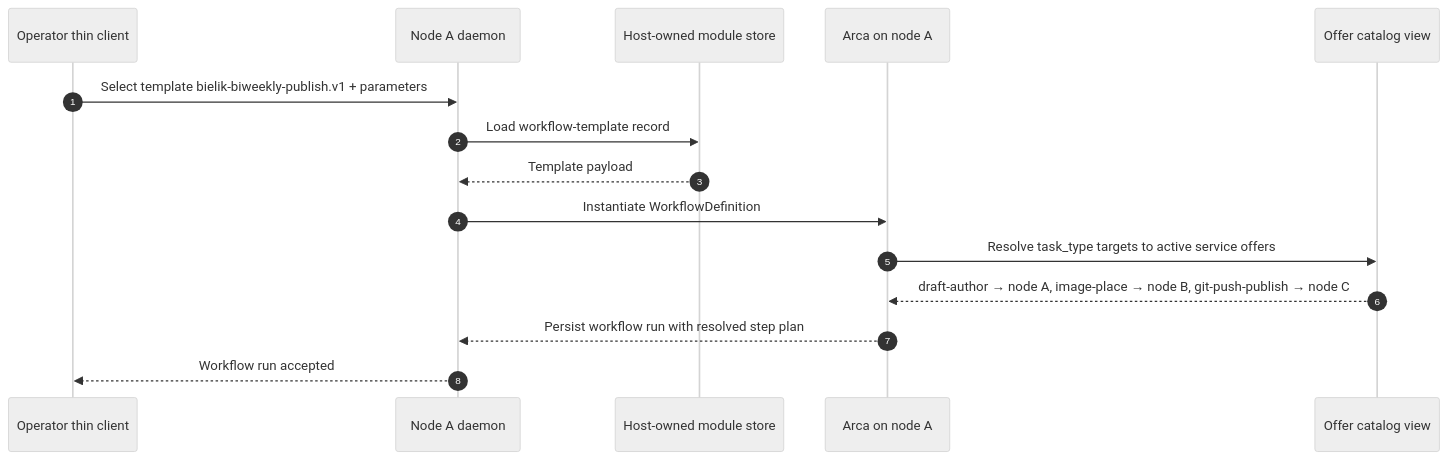
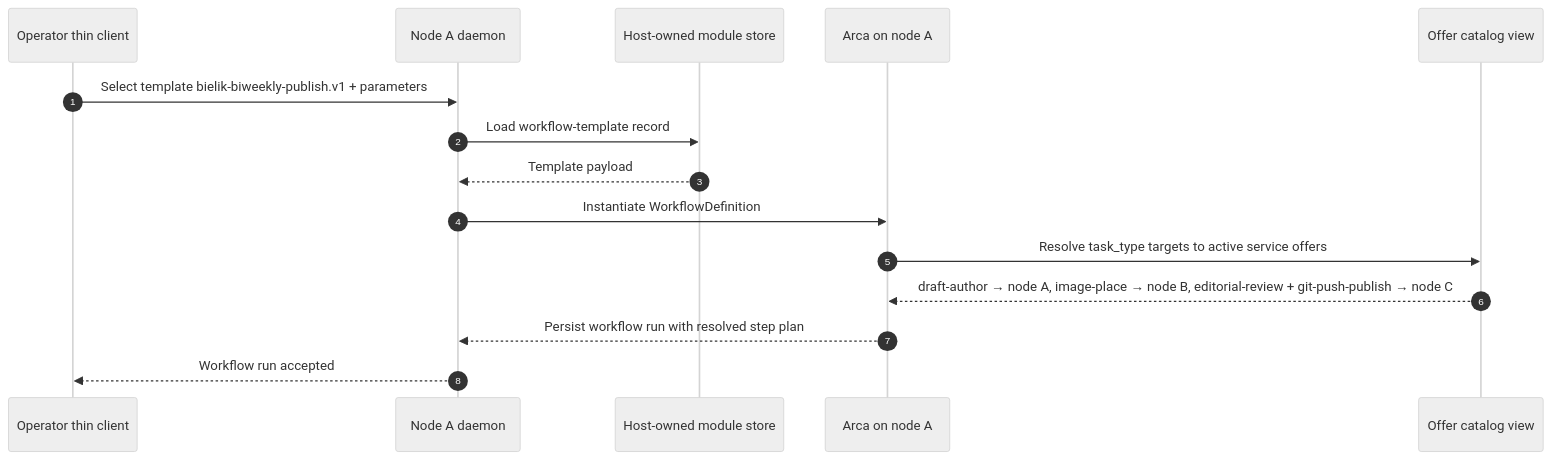
Before and after one commit to diapod/orbidocs: the first of 5 diagrams in doc/project/30-stories/story-009-bielik-blog-arca.md, drawn with Mermaid (neutral theme). The commit also changed other lines of this file and 15 other files, not shown here.

````diff
--- a/doc/project/30-stories/story-009-bielik-blog-arca.md
+++ b/doc/project/30-stories/story-009-bielik-blog-arca.md
@@ -892,18 +908,18 @@
 ```mermaid
 sequenceDiagram
     autonumber
     participant Operator as Operator thin client
     participant DaemonA as Node A daemon
     participant StoreA as Host-owned module store
     participant ArcaA as Arca on node A
     participant Offers as Offer catalog view
 
     Operator->>DaemonA: Select template bielik-biweekly-publish.v1 + parameters
     DaemonA->>StoreA: Load workflow-template record
     StoreA-->>DaemonA: Template payload
     DaemonA->>ArcaA: Instantiate WorkflowDefinition
     ArcaA->>Offers: Resolve task_type targets to active service offers
-    Offers-->>ArcaA: draft-author → node A, image-place → node B, git-push-publish → node C
+    Offers-->>ArcaA: draft-author → node A, image-place → node B, editorial-review + git-push-publish → node C
     ArcaA-->>DaemonA: Persist workflow run with resolved step plan
     DaemonA-->>Operator: Workflow run accepted
 ```
````
